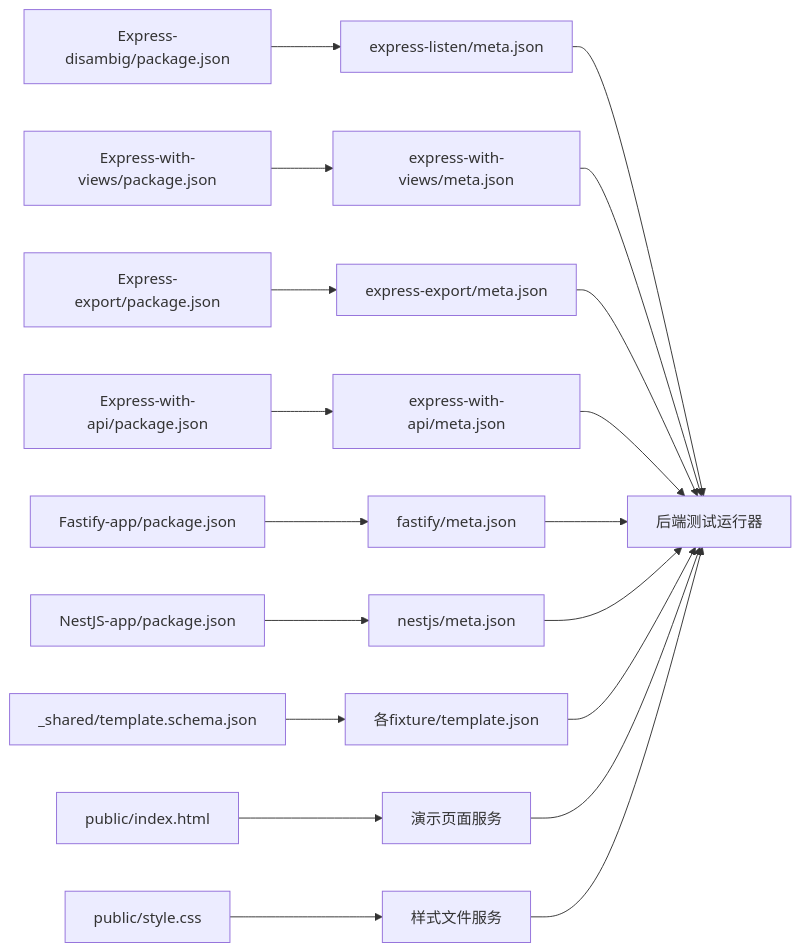
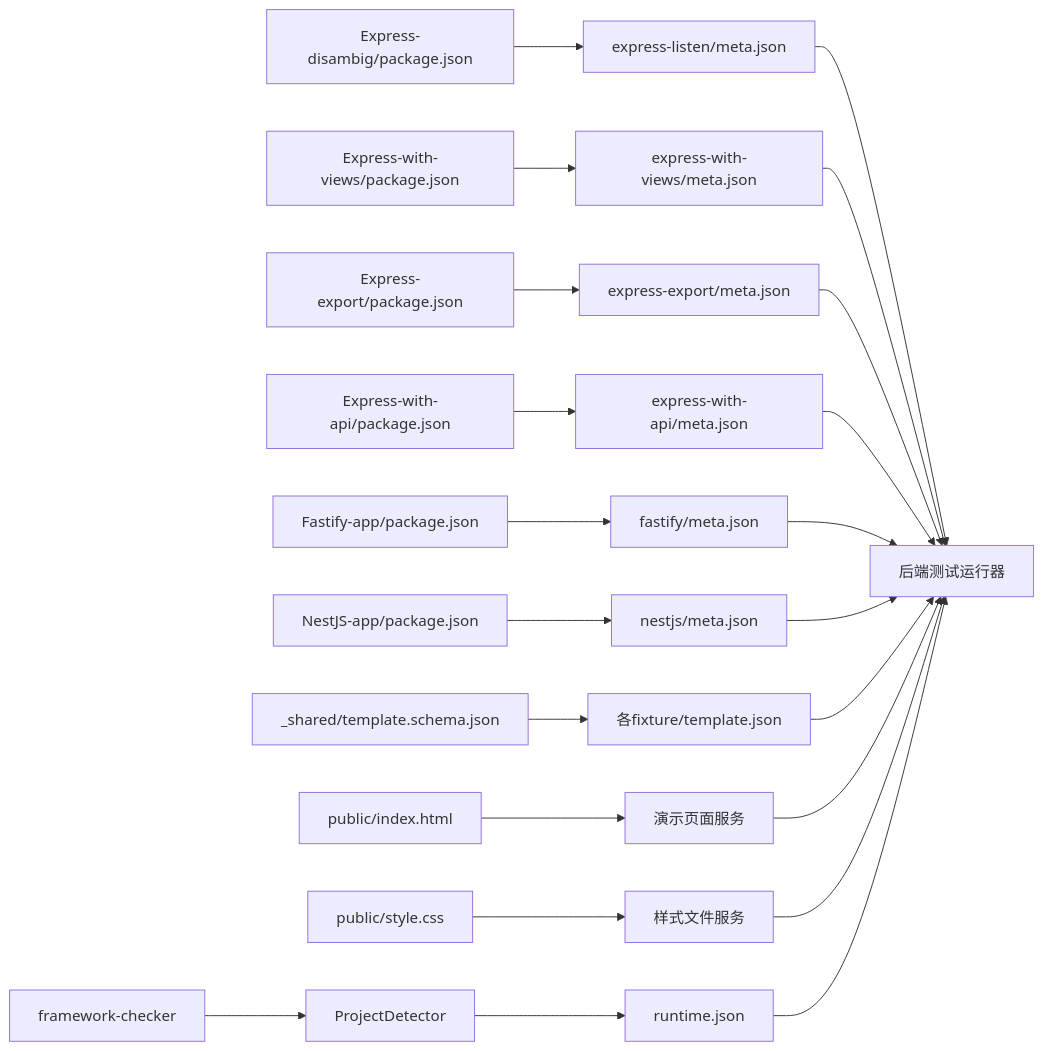
Before and after one commit to esa-sp/test-for-aone-ci: the ninth of 9 diagrams in .qoder/repowiki/zh/content/后端框架测试/后端框架测试.md, drawn with Mermaid. The commit also changed other lines of this file and 15 other files, not shown here.

````diff
--- a/.qoder/repowiki/zh/content/后端框架测试/后端框架测试.md
+++ b/.qoder/repowiki/zh/content/后端框架测试/后端框架测试.md
@@ -378,21 +401,24 @@
 ```mermaid
 graph LR
 P1["Express-disambig/package.json"] --> F1["express-listen/meta.json"]
 P2["Express-with-views/package.json"] --> F2["express-with-views/meta.json"]
 P3["Express-export/package.json"] --> F3["express-export/meta.json"]
 P4["Express-with-api/package.json"] --> F4["express-with-api/meta.json"]
 P5["Fastify-app/package.json"] --> F5["fastify/meta.json"]
 P6["NestJS-app/package.json"] --> F6["nestjs/meta.json"]
 T1["_shared/template.schema.json"] --> T2["各fixture/template.json"]
 S1["public/index.html"] --> S2["演示页面服务"]
 S3["public/style.css"] --> S4["样式文件服务"]
+FC["framework-checker"] --> RD["ProjectDetector"]
+RD --> RT["runtime.json"]
 F1 --> R["后端测试运行器"]
 F2 --> R
 F3 --> R
 F4 --> R
 F5 --> R
 F6 --> R
 T2 --> R
 S2 --> R
 S4 --> R
+RT --> R
 ```
````
